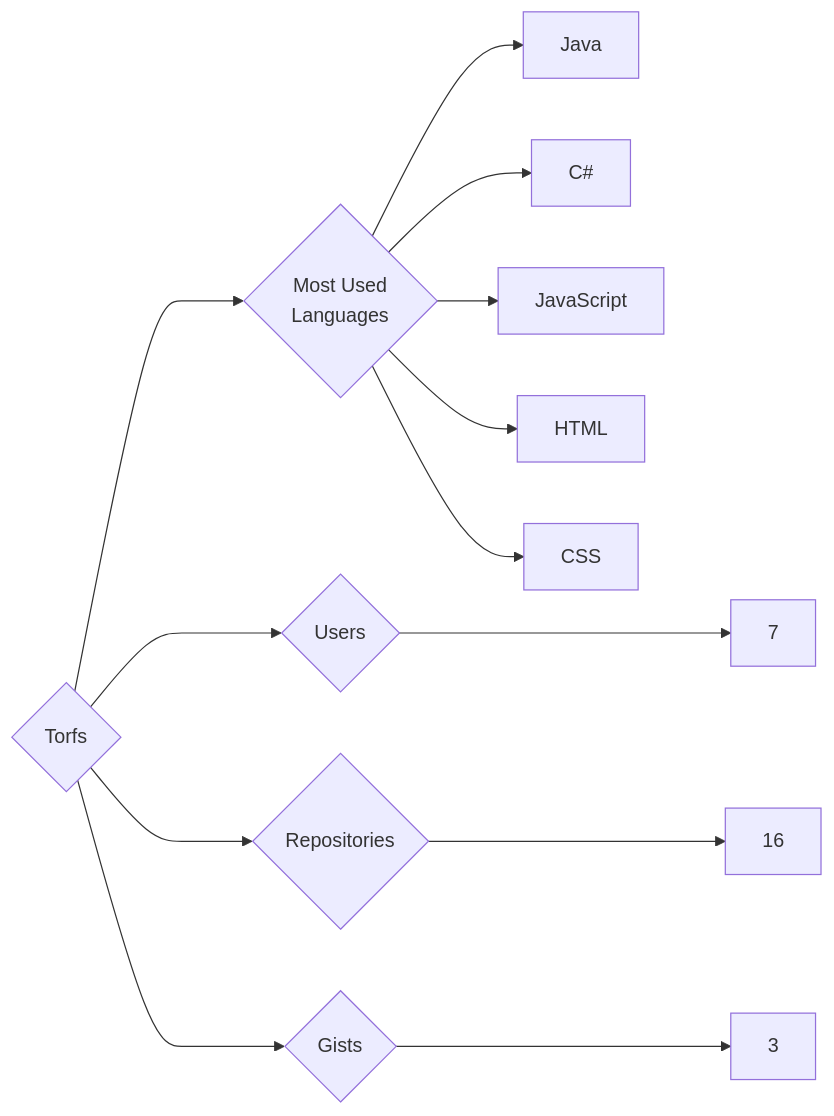
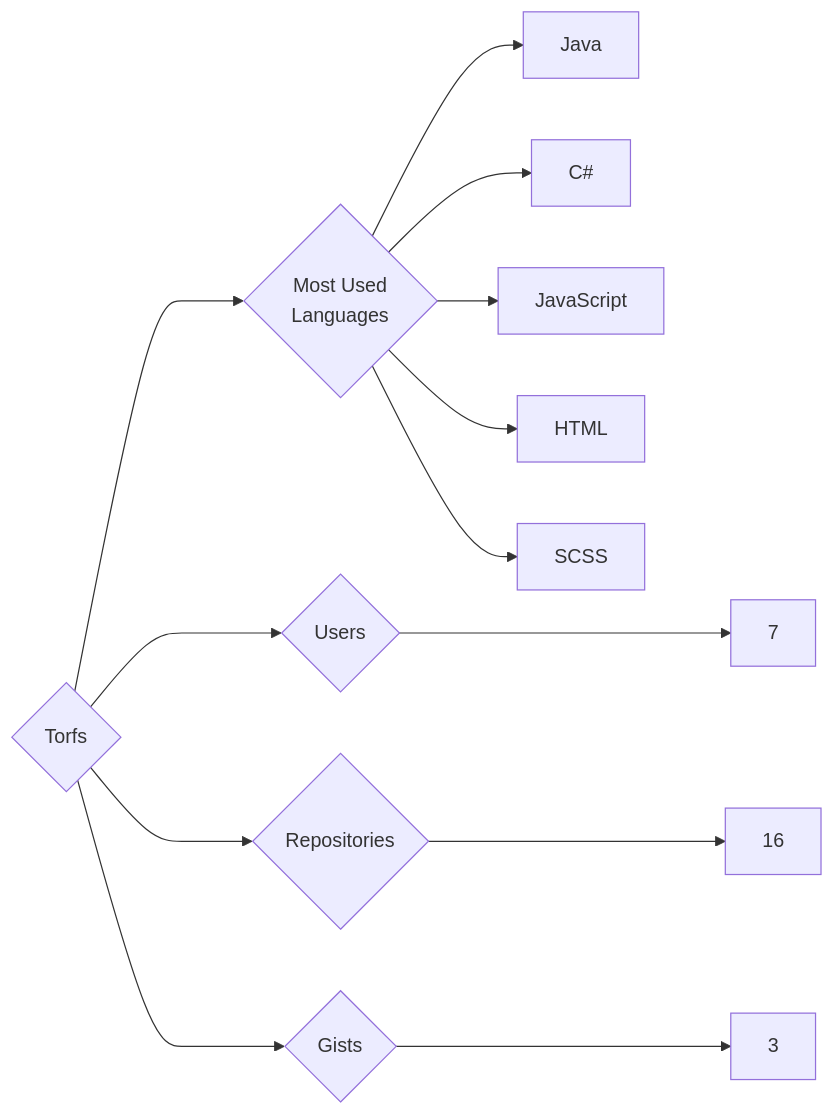
Before and after one commit to trickest/insiders: the diagram in targets/Torfs/README.md, drawn with Mermaid. The commit also changed 877 other files, not shown here.

````diff
--- a/targets/Torfs/README.md
+++ b/targets/Torfs/README.md
@@ -3,13 +3,13 @@
 ```mermaid
 graph LR
 COMPANY_NAME{Torfs}
 COMPANY_NAME ---> U{Users} ---> UN[7]
 COMPANY_NAME ---> R{Repositories} ---> RN[16]
 COMPANY_NAME ---> G{Gists} ---> GN[3]
 COMPANY_NAME ---> ML{Most Used<br>Languages}
 ML --> Java[Java]
 ML --> C#[C#]
 ML --> JavaScript[JavaScript]
 ML --> HTML[HTML]
-ML --> CSS[CSS]
+ML --> SCSS[SCSS]
 ```
````
